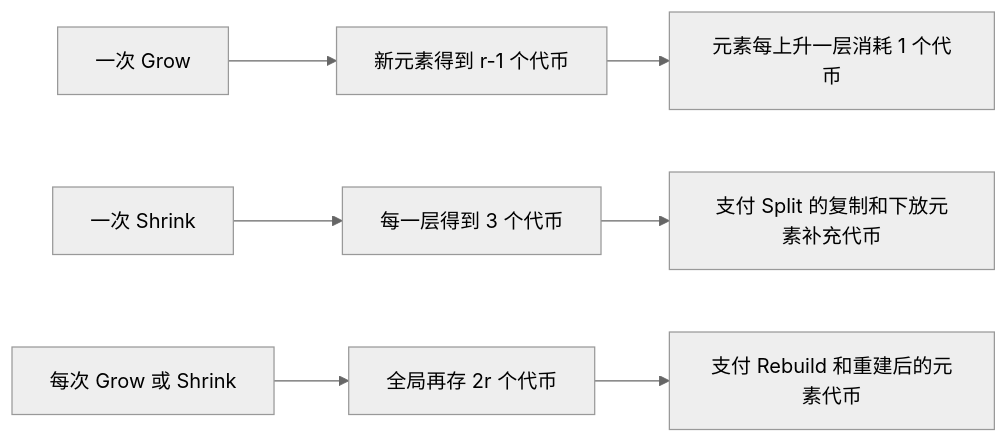
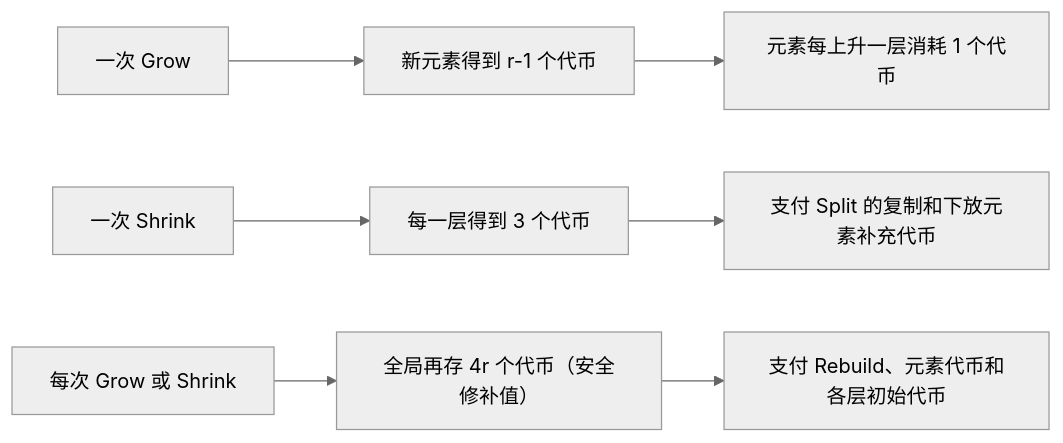
One commit to Kapukok/AdvAlgoReview changed the diagram in 丁彦文review/section6.md. Above: the diagram before and after it, drawn with Mermaid (neutral theme). The commit also changed other lines of this file and 3 other files, not shown here.

````diff
--- a/丁彦文review/section6.md
+++ b/丁彦文review/section6.md
@@ -342,9 +381,9 @@
 ```mermaid
 flowchart LR
     G["一次 Grow"] --> I["新元素得到 r-1 个代币"]
     I --> C["元素每上升一层消耗 1 个代币"]
     S["一次 Shrink"] --> L["每一层得到 3 个代币"]
     L --> P["支付 Split 的复制和下放元素补充代币"]
-    O["每次 Grow 或 Shrink"] --> R["全局再存 2r 个代币"]
-    R --> B["支付 Rebuild 和重建后的元素代币"]
+    O["每次 Grow 或 Shrink"] --> R["全局再存 4r 个代币（安全修补值）"]
+    R --> B["支付 Rebuild、元素代币和各层初始代币"]
 ```
````
